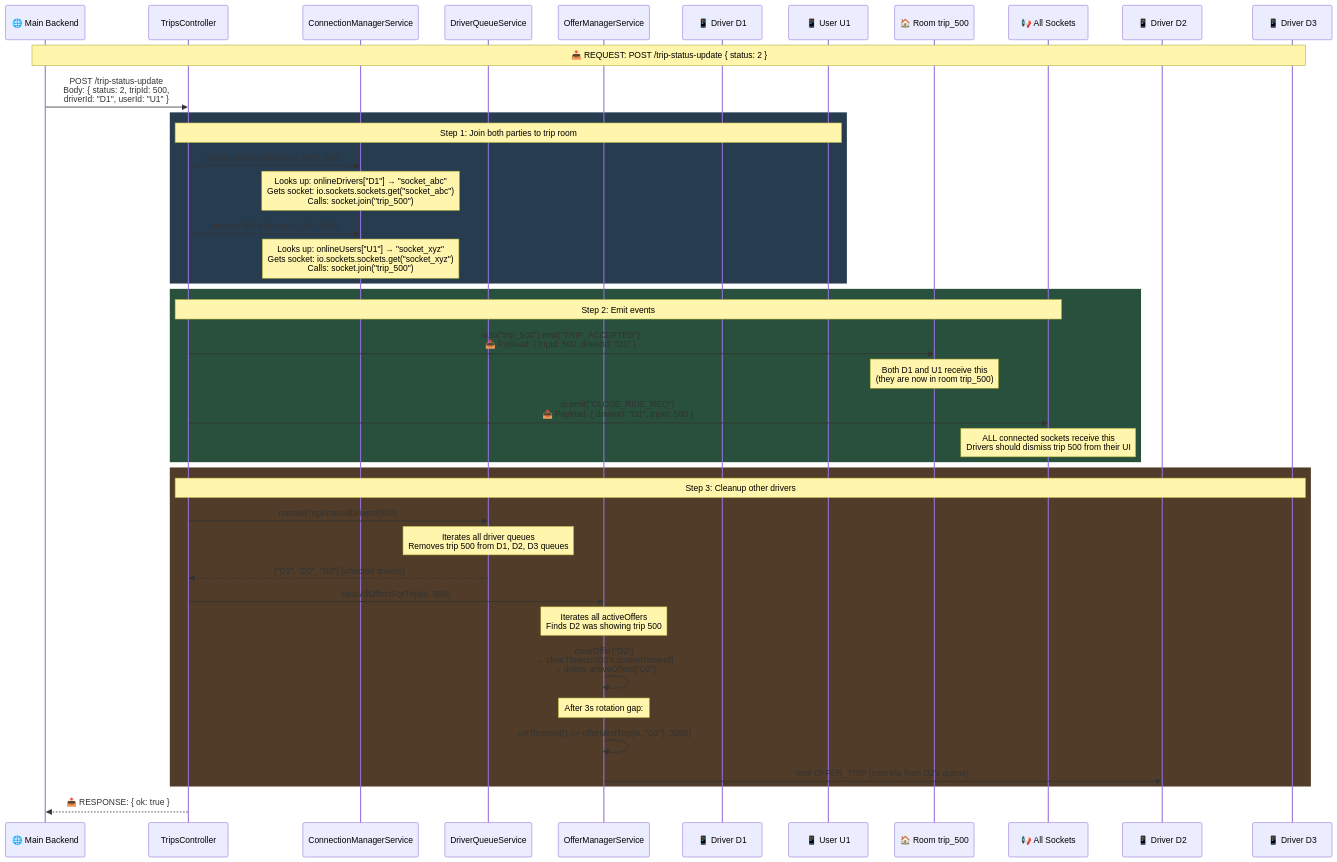
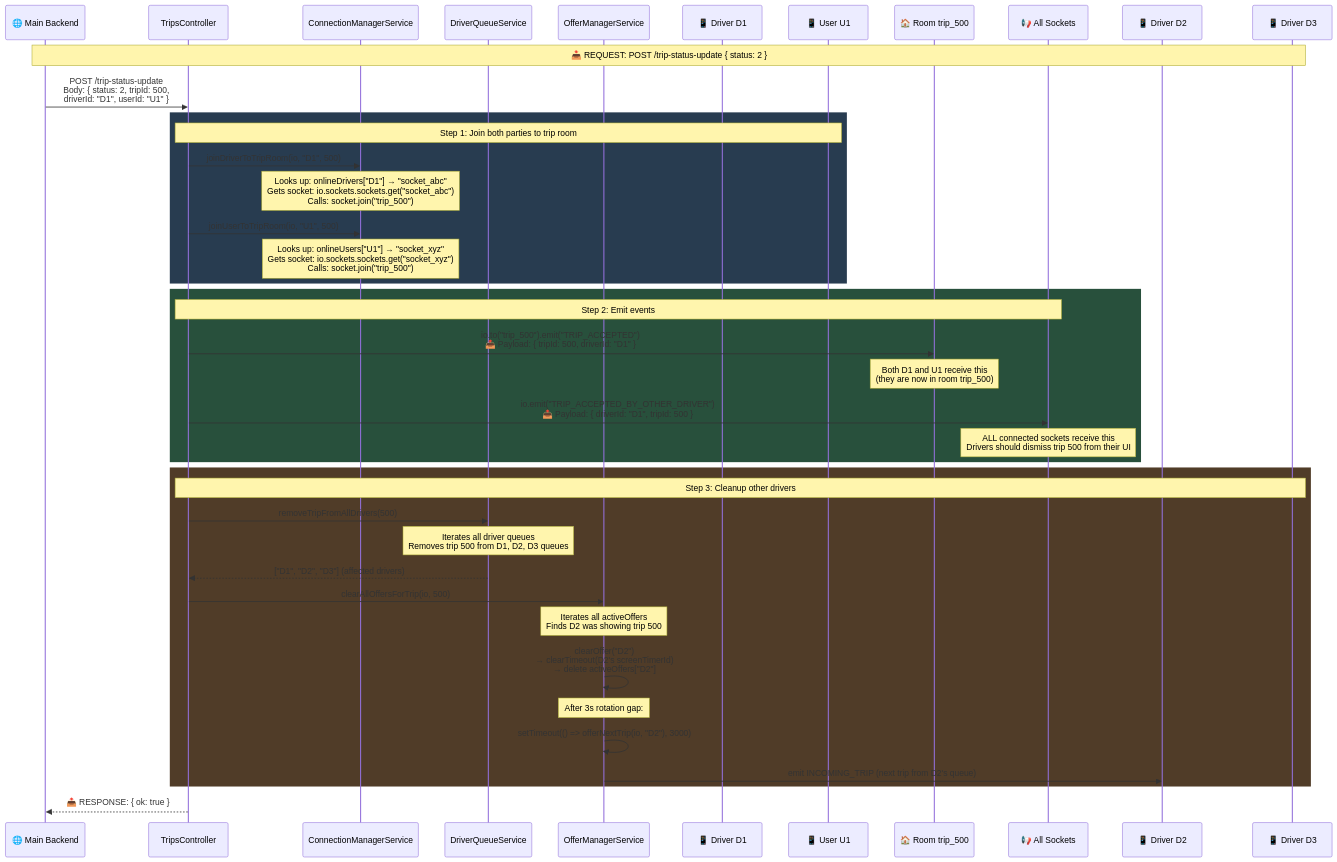
One commit to rahul-shaw18/loadgo-nestjs-server changed the fifth of 21 diagrams in DOCUMENTATION.md. Above: the diagram before and after it, drawn with Mermaid. The commit also changed other lines of this file and 4 other files, not shown here.

Commit message:
feat: implement TripsGateway and OfferManagerService to handle real-time trip assignment and socket event synchronization

````diff
--- a/DOCUMENTATION.md
+++ b/DOCUMENTATION.md
@@ -240,50 +240,50 @@
 ```mermaid
 sequenceDiagram
     participant BE as 🌐 Main Backend
     participant CTRL as TripsController
     participant CM as ConnectionManagerService
     participant DQ as DriverQueueService
     participant OM as OfferManagerService
     participant D1 as 📱 Driver D1
     participant U1 as 📱 User U1
     participant Room as 🏠 Room trip_500
     participant All as 📢 All Sockets
     participant D2 as 📱 Driver D2
     participant D3 as 📱 Driver D3
 
     Note over BE,D3: 📥 REQUEST: POST /trip-status-update { status: 2 }
 
     BE->>CTRL: POST /trip-status-update<br/>Body: { status: 2, tripId: 500,<br/>driverId: "D1", userId: "U1" }
 
     rect rgb(40, 60, 80)
         Note over CTRL,U1: Step 1: Join both parties to trip room
         CTRL->>CM: joinDriverToTripRoom(io, "D1", 500)
         Note over CM: Looks up: onlineDrivers["D1"] → "socket_abc"<br/>Gets socket: io.sockets.sockets.get("socket_abc")<br/>Calls: socket.join("trip_500")
         CTRL->>CM: joinUserToTripRoom(io, "U1", 500)
         Note over CM: Looks up: onlineUsers["U1"] → "socket_xyz"<br/>Gets socket: io.sockets.sockets.get("socket_xyz")<br/>Calls: socket.join("trip_500")
     end
 
     rect rgb(40, 80, 60)
         Note over CTRL,All: Step 2: Emit events
         CTRL->>Room: io.to("trip_500").emit("TRIP_ACCEPTED")<br/>📤 Payload: { tripId: 500, driverId: "D1" }
         Note over Room: Both D1 and U1 receive this<br/>(they are now in room trip_500)
-        CTRL->>All: io.emit("CLOSE_RIDE_REQ")<br/>📤 Payload: { driverId: "D1", tripId: 500 }
+        CTRL->>All: io.emit("TRIP_ACCEPTED_BY_OTHER_DRIVER")<br/>📤 Payload: { driverId: "D1", tripId: 500 }
         Note over All: ALL connected sockets receive this<br/>Drivers should dismiss trip 500 from their UI
     end
 
     rect rgb(80, 60, 40)
         Note over CTRL,D3: Step 3: Cleanup other drivers
         CTRL->>DQ: removeTripFromAllDrivers(500)
         Note over DQ: Iterates all driver queues<br/>Removes trip 500 from D1, D2, D3 queues
         DQ-->>CTRL: ["D1", "D2", "D3"] (affected drivers)
 
         CTRL->>OM: clearAllOffersForTrip(io, 500)
         Note over OM: Iterates all activeOffers<br/>Finds D2 was showing trip 500
         OM->>OM: clearOffer("D2")<br/>→ clearTimeout(D2's screenTimerId)<br/>→ delete activeOffers["D2"]
         Note over OM: After 3s rotation gap:
         OM->>OM: setTimeout(() => offerNextTrip(io, "D2"), 3000)
-        OM->>D2: emit OFFER_TRIP (next trip from D2's queue)
+        OM->>D2: emit INCOMING_TRIP (next trip from D2's queue)
     end
 
     CTRL-->>BE: 📤 RESPONSE: { ok: true }
 ```
````
